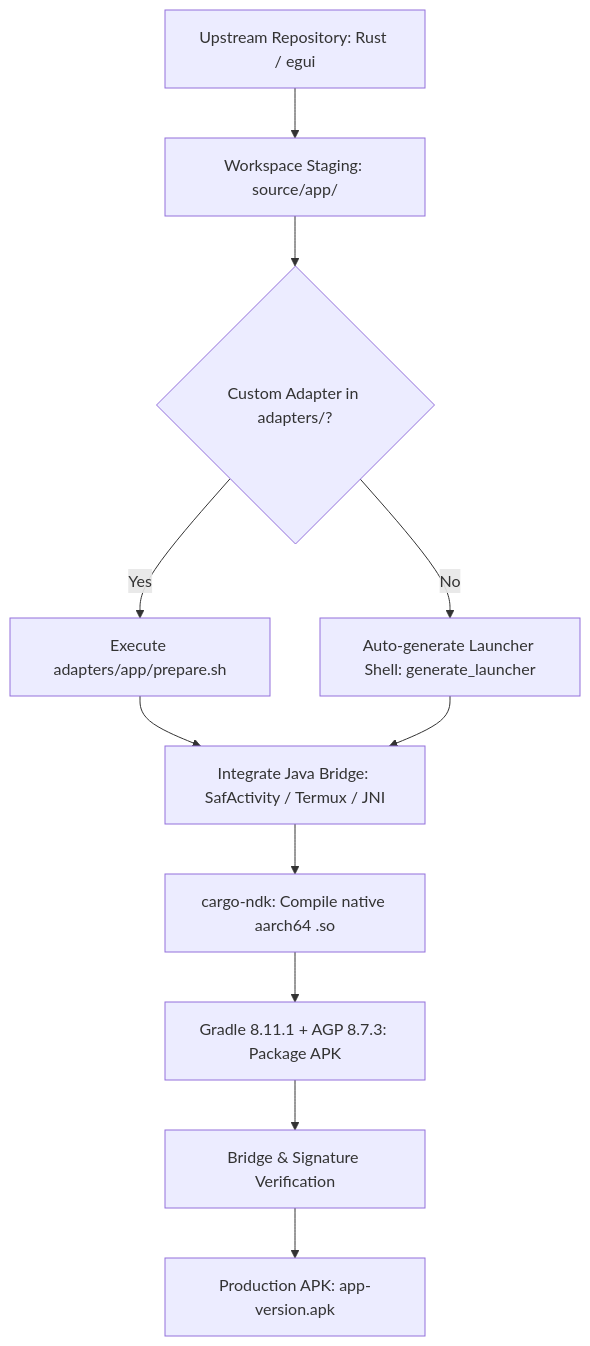
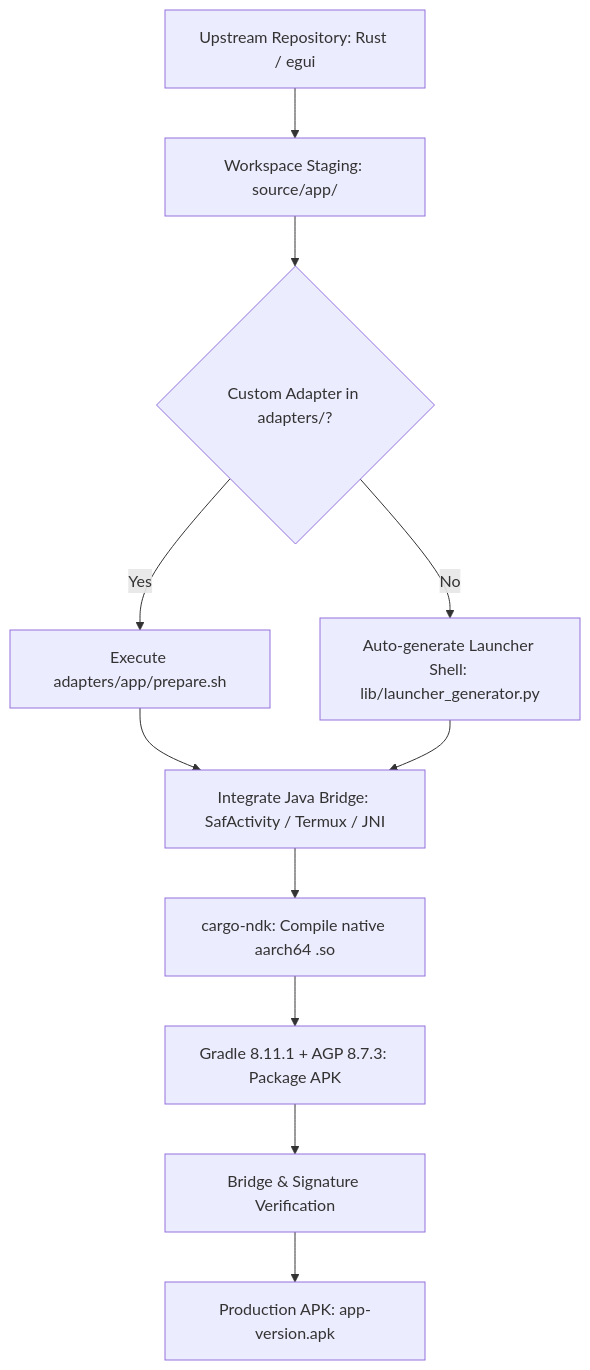
Before and after one commit to MostafaXS1/artcraft-android: the first of 5 diagrams in docs/porting-guide.md, drawn with Mermaid. The commit also changed other lines of this file and 6 other files, not shown here.

First line of the commit message:
docs(core): update architecture, agents, test, and porting docs for build decentralization

````diff
--- a/docs/porting-guide.md
+++ b/docs/porting-guide.md
@@ -22,16 +22,16 @@
 ```mermaid
 flowchart TD
     Upstream[Upstream Repository: Rust / egui] --> Staging[Workspace Staging: source/app/]
     Staging --> Choice{Custom Adapter in adapters/?}
     
     Choice -- Yes --> CustomPrep[Execute adapters/app/prepare.sh]
-    Choice -- No --> AutoGen[Auto-generate Launcher Shell: generate_launcher]
+    Choice -- No --> AutoGen[Auto-generate Launcher Shell: lib/launcher_generator.py]
     
     CustomPrep --> JavaBridge[Integrate Java Bridge: SafActivity / Termux / JNI]
     AutoGen --> JavaBridge
     
     JavaBridge --> CargoNDK[cargo-ndk: Compile native aarch64 .so]
     CargoNDK --> GradlePackage[Gradle 8.11.1 + AGP 8.7.3: Package APK]
     GradlePackage --> Verify[Bridge & Signature Verification]
     Verify --> APK[Production APK: app-version.apk]
 ```
````
